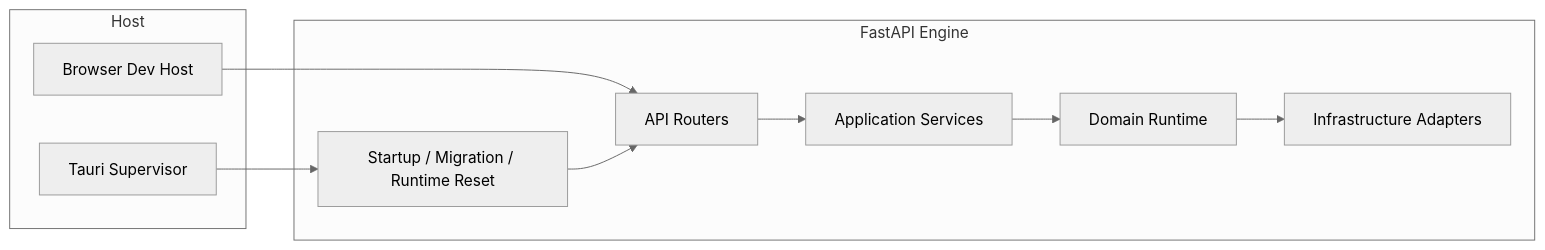
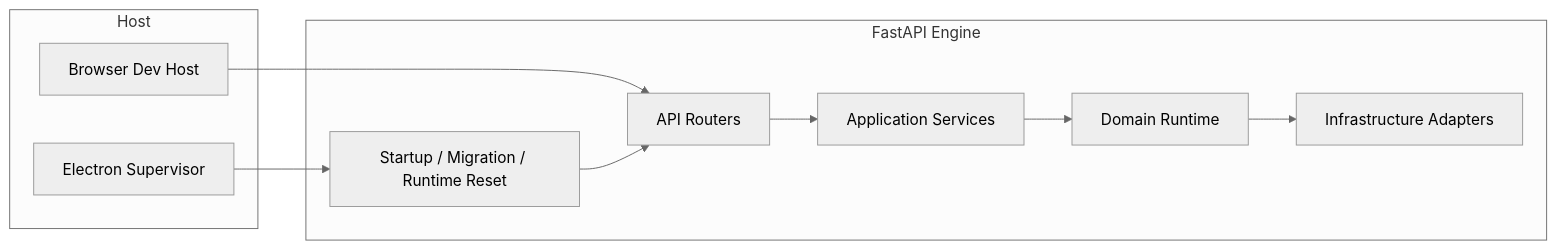
Before and after one commit to trrueee/DBFox: the first of 8 diagrams in docs/architecture/backend.md, drawn with Mermaid (neutral theme). The commit also changed other lines of this file and 125 other files, not shown here.

````diff
--- a/docs/architecture/backend.md
+++ b/docs/architecture/backend.md
@@ -17,19 +17,19 @@
 ```mermaid
 flowchart LR
   subgraph Host["Host"]
-    TAURI["Tauri Supervisor"]
+    ELECTRON["Electron Supervisor"]
     WEB["Browser Dev Host"]
   end
 
   subgraph Engine["FastAPI Engine"]
     START["Startup / Migration / Runtime Reset"]
     ROUTES["API Routers"]
     SERVICES["Application Services"]
     DOMAIN["Domain Runtime"]
     INFRA["Infrastructure Adapters"]
   end
 
-  TAURI --> START
+  ELECTRON --> START
   WEB --> ROUTES
   START --> ROUTES --> SERVICES --> DOMAIN --> INFRA
 ```
````
